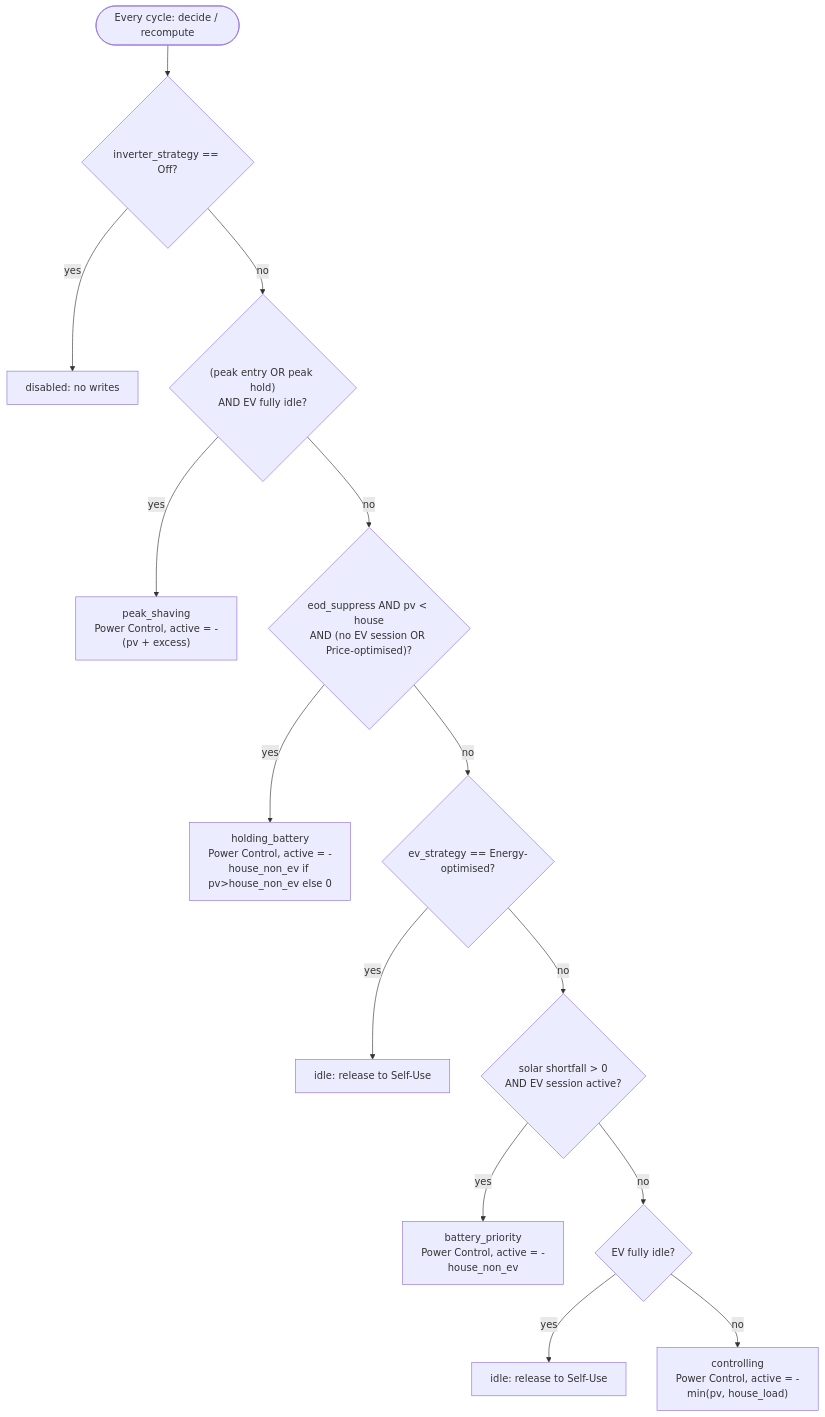
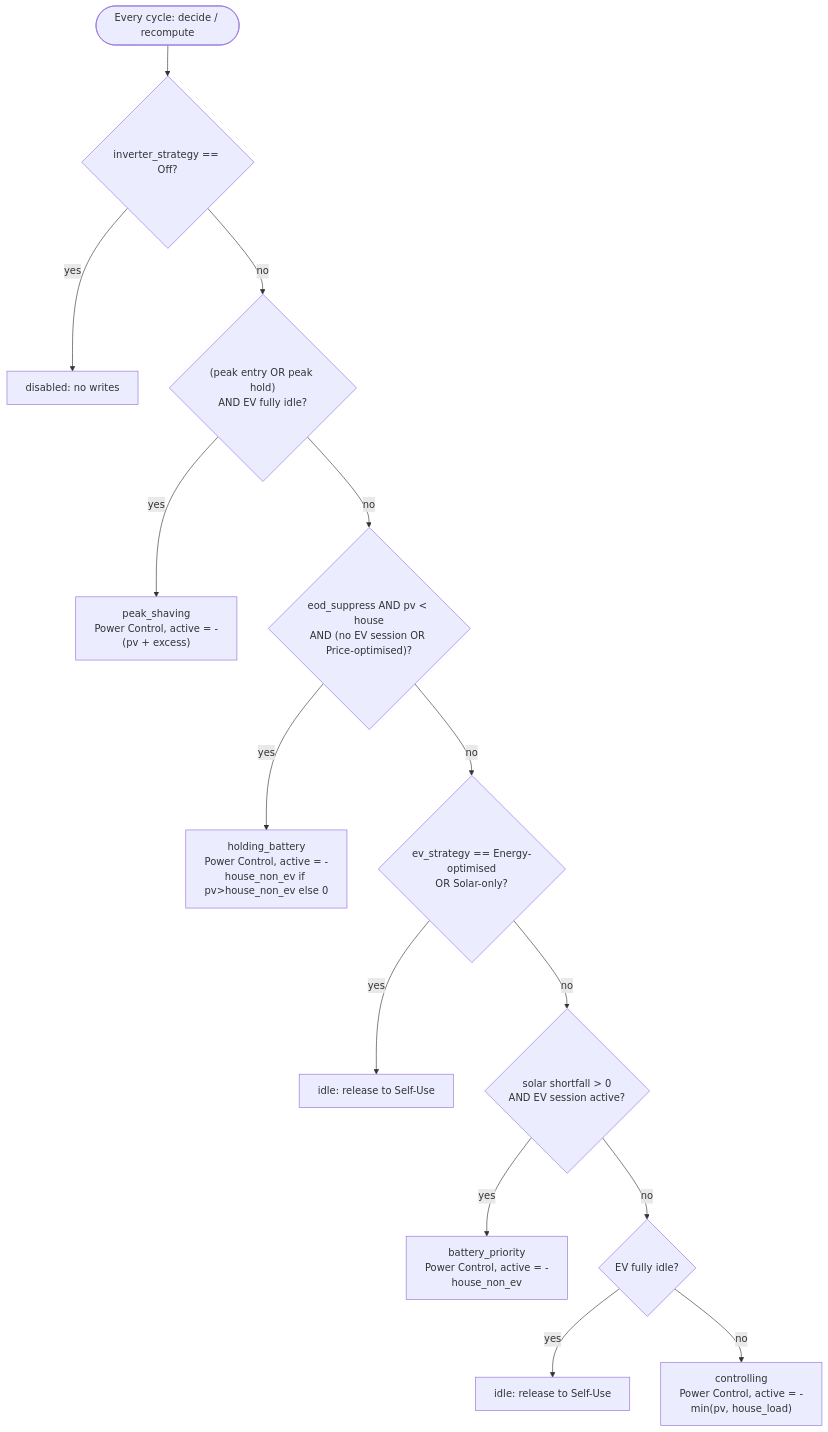
Before and after one commit to thomasgodon/homeassistant-ems: the second of 2 diagrams in README.md, drawn with Mermaid. The commit also changed other lines of this file and 11 other files, not shown here.

First line of the commit message:
feat: Add Solar-only EV charging mode

````diff
--- a/README.md
+++ b/README.md
@@ -104,16 +114,16 @@
 ```mermaid
 flowchart TD
   Start([Every cycle: decide / recompute]) --> Off{inverter_strategy == Off?}
   Off -- yes --> Disabled[disabled: no writes]
   Off -- no --> Peak{"(peak entry OR peak hold)<br/>AND EV fully idle?"}
   Peak -- yes --> PeakS["peak_shaving<br/>Power Control, active = -(pv + excess)"]
   Peak -- no --> Hold{"eod_suppress AND pv &lt; house<br/>AND (no EV session OR Price-optimised)?"}
   Hold -- yes --> HoldB["holding_battery<br/>Power Control, active = -house_non_ev if pv&gt;house_non_ev else 0"]
-  Hold -- no --> Energy{ev_strategy == Energy-optimised?}
+  Hold -- no --> Energy{ev_strategy == Energy-optimised<br/>OR Solar-only?}
   Energy -- yes --> Idle3["idle: release to Self-Use"]
   Energy -- no --> BattPri{"solar shortfall &gt; 0<br/>AND EV session active?"}
   BattPri -- yes --> BP["battery_priority<br/>Power Control, active = -house_non_ev"]
   BattPri -- no --> IdleQ{EV fully idle?}
   IdleQ -- yes --> Idle5["idle: release to Self-Use"]
   IdleQ -- no --> Ctrl["controlling<br/>Power Control, active = -min(pv, house_load)"]
 ```
````
